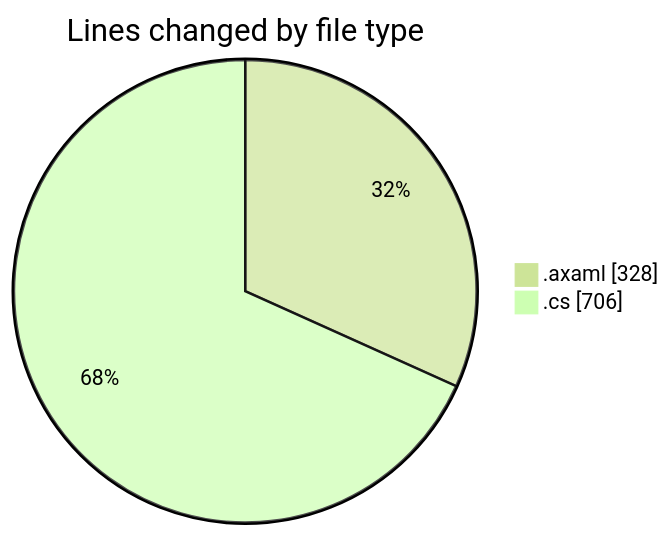
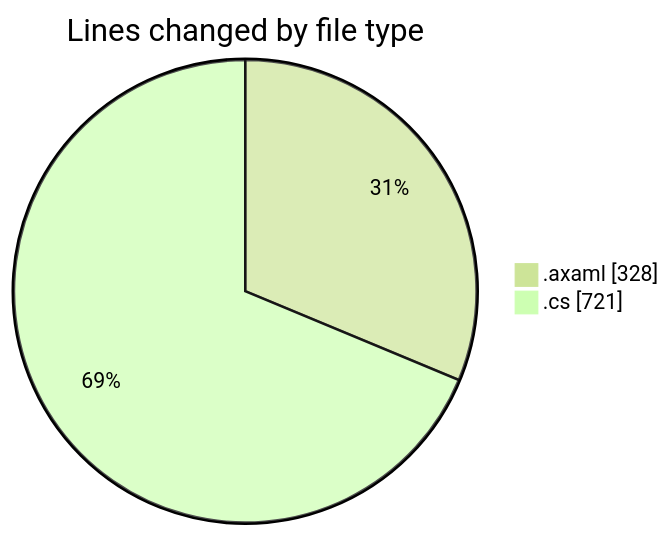
The first of 2 diagrams in 2025-11-01/skintrack/README.md (Netris89/code-tracking), drawn with Mermaid (forest theme) before and after one commit. The commit also changed other lines of this file and 1 other file, not shown here.

````diff
--- a/2025-11-01/skintrack/README.md
+++ b/2025-11-01/skintrack/README.md
@@ -26,6 +26,6 @@
 ```mermaid
 pie showData
 title Lines changed by file type
 ".axaml" : 328
-".cs" : 706
+".cs" : 721
 ```
````
